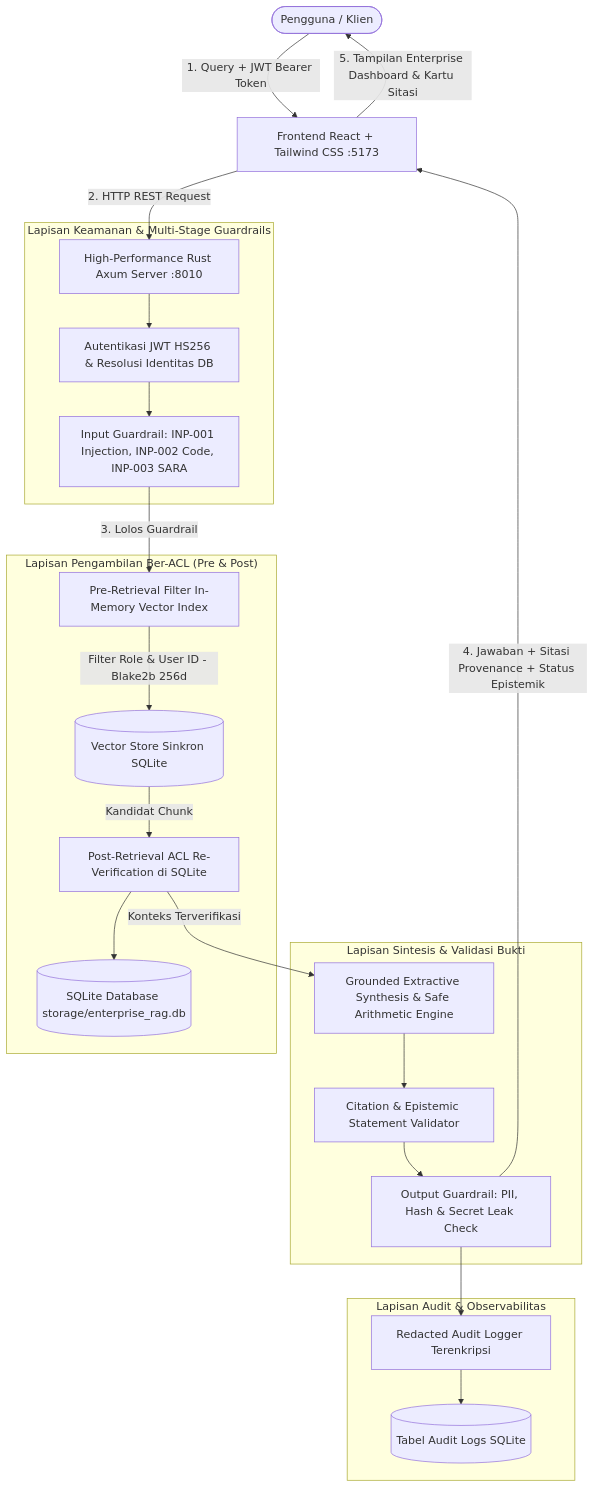
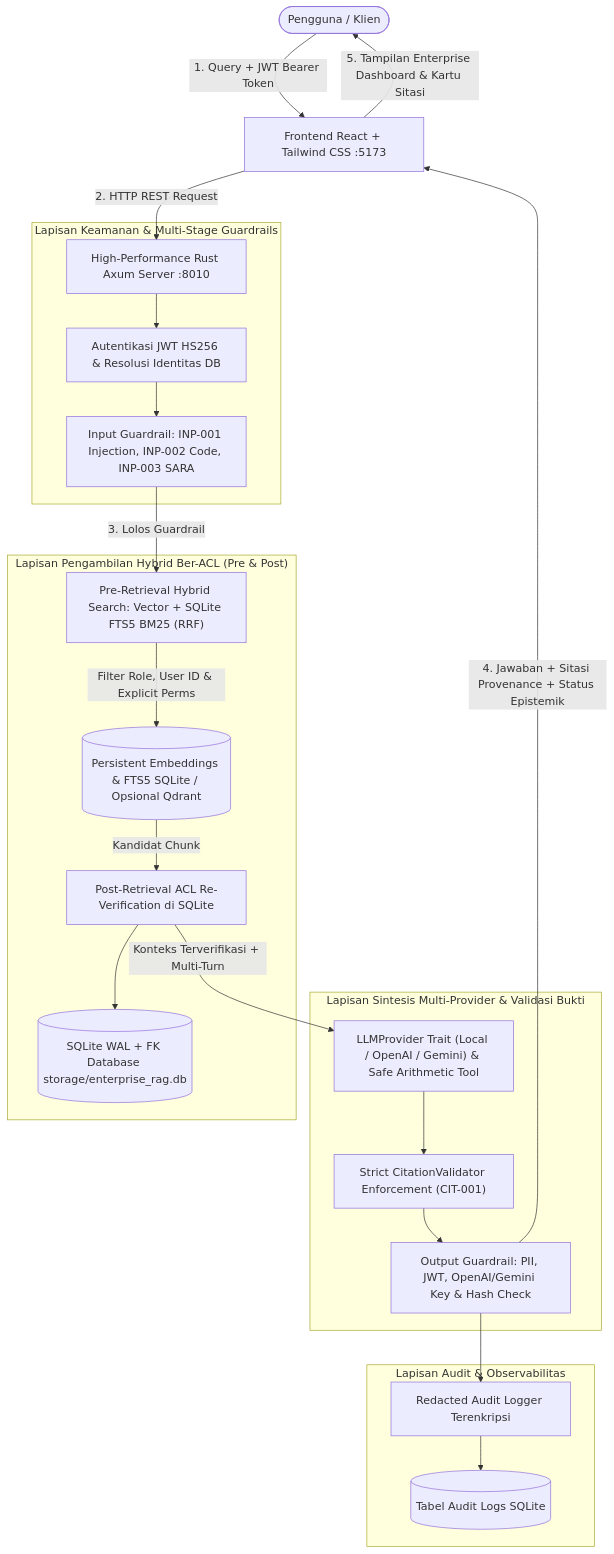
One commit to MTaufikIqball00/Enterprise-RAG changed the diagram in README.md. Above: the diagram before and after it, drawn with Mermaid. The commit also changed other lines of this file and 47 other files, not shown here.

Commit message:
feat: production hardening, hybrid FTS5+vector RRF, multi-provider traits, DOCX tables, 11-category eval, OpenAPI, Docker & CI

````diff
--- a/README.md
+++ b/README.md
@@ -50,31 +50,31 @@
 ```mermaid
 flowchart TD
     User(["Pengguna / Klien"]) -->|"1. Query + JWT Bearer Token"| ViteProxy["Frontend React + Tailwind CSS :5173"]
     ViteProxy -->|"2. HTTP REST Request"| RustServer["High-Performance Rust Axum Server :8010"]
     
     subgraph SecurityLayer ["Lapisan Keamanan & Multi-Stage Guardrails"]
         RustServer --> AuthCheck["Autentikasi JWT HS256 & Resolusi Identitas DB"]
         AuthCheck --> InputGuardrail["Input Guardrail: INP-001 Injection, INP-002 Code, INP-003 SARA"]
     end
 
-    subgraph RetrievalLayer ["Lapisan Pengambilan Ber-ACL (Pre & Post)"]
-        InputGuardrail -->|"3. Lolos Guardrail"| PreRetrieval["Pre-Retrieval Filter In-Memory Vector Index"]
-        PreRetrieval -->|"Filter Role & User ID - Blake2b 256d"| VectorStore[("Vector Store Sinkron SQLite")]
+    subgraph RetrievalLayer ["Lapisan Pengambilan Hybrid Ber-ACL (Pre & Post)"]
+        InputGuardrail -->|"3. Lolos Guardrail"| PreRetrieval["Pre-Retrieval Hybrid Search: Vector + SQLite FTS5 BM25 (RRF)"]
+        PreRetrieval -->|"Filter Role, User ID & Explicit Perms"| VectorStore[("Persistent Embeddings & FTS5 SQLite / Opsional Qdrant")]
         VectorStore -->|"Kandidat Chunk"| PostRetrieval["Post-Retrieval ACL Re-Verification di SQLite"]
-        PostRetrieval --> SQLiteDB[("SQLite Database storage/enterprise_rag.db")]
+        PostRetrieval --> SQLiteDB[("SQLite WAL + FK Database storage/enterprise_rag.db")]
     end
 
-    subgraph SynthesisLayer ["Lapisan Sintesis & Validasi Bukti"]
-        PostRetrieval -->|"Konteks Terverifikasi"| GroundedEngine["Grounded Extractive Synthesis & Safe Arithmetic Engine"]
-        GroundedEngine --> CitationValidator["Citation & Epistemic Statement Validator"]
-        CitationValidator --> OutputGuardrail["Output Guardrail: PII, Hash & Secret Leak Check"]
+    subgraph SynthesisLayer ["Lapisan Sintesis Multi-Provider & Validasi Bukti"]
+        PostRetrieval -->|"Konteks Terverifikasi + Multi-Turn"| GroundedEngine["LLMProvider Trait (Local / OpenAI / Gemini) & Safe Arithmetic Tool"]
+        GroundedEngine --> CitationValidator["Strict CitationValidator Enforcement (CIT-001)"]
+        CitationValidator --> OutputGuardrail["Output Guardrail: PII, JWT, OpenAI/Gemini Key & Hash Check"]
     end
 
     subgraph ObservabilityLayer ["Lapisan Audit & Observabilitas"]
         OutputGuardrail --> AuditLogger["Redacted Audit Logger Terenkripsi"]
         AuditLogger --> AuditTrail[("Tabel Audit Logs SQLite")]
     end
 
     OutputGuardrail -->|"4. Jawaban + Sitasi Provenance + Status Epistemik"| ViteProxy
     ViteProxy -->|"5. Tampilan Enterprise Dashboard & Kartu Sitasi"| User
 ```
````
